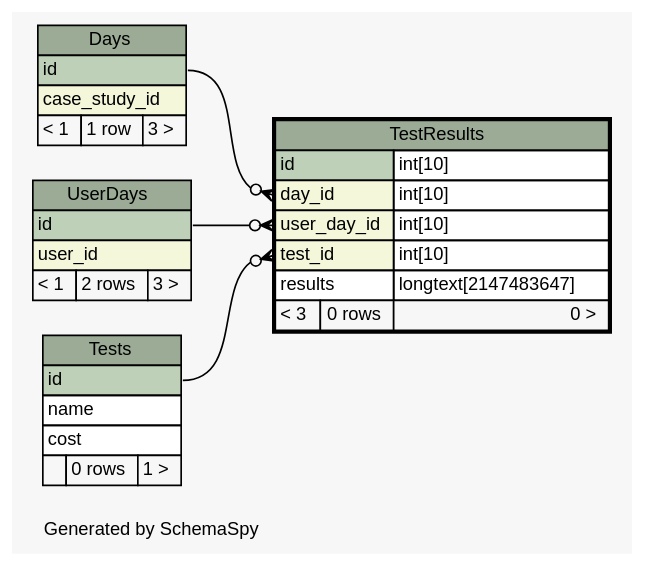
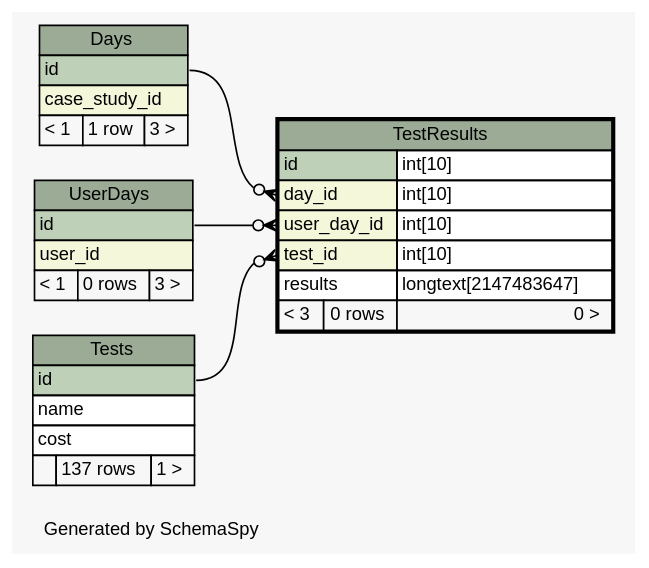
One commit to carrel2/CaseStudies changed the diagram in web/files/schema/diagrams/TestResults.1degree.dot. Above: the diagram before and after it, drawn with Graphviz. The commit also changed 228 other files, not shown here.

```diff
--- a/web/files/schema/diagrams/TestResults.1degree.dot
+++ b/web/files/schema/diagrams/TestResults.1degree.dot
@@ -1,73 +1,73 @@
-// dot 2.38.0 on Linux 4.4.0-67-generic
+// dot 2.38.0 on Linux 4.4.0-72-generic
 // SchemaSpy rev 590
 digraph "oneDegreeRelationshipsDiagram" {
   graph [
     rankdir="RL"
     bgcolor="#f7f7f7"
     label="\nGenerated by SchemaSpy"
     labeljust="l"
     nodesep="0.18"
     ranksep="0.46"
     fontname="Helvetica"
     fontsize="11"
   ];
   node [
     fontname="Helvetica"
     fontsize="11"
     shape="plaintext"
   ];
   edge [
     arrowsize="0.8"
   ];
   "TestResults":"day_id":w -> "Days":"id":e [arrowhead=none dir=back arrowtail=crowodot];
   "TestResults":"test_id":w -> "Tests":"id":e [arrowhead=none dir=back arrowtail=crowodot];
   "TestResults":"user_day_id":w -> "UserDays":"id":e [arrowhead=none dir=back arrowtail=crowodot];
   "Days" [
     label=<
     <TABLE BORDER="0" CELLBORDER="1" CELLSPACING="0" BGCOLOR="#ffffff">
       <TR><TD COLSPAN="3" BGCOLOR="#9bab96" ALIGN="CENTER">Days</TD></TR>
       <TR><TD PORT="id" COLSPAN="3" BGCOLOR="#bed1b8" ALIGN="LEFT">id</TD></TR>
       <TR><TD PORT="case_study_id" COLSPAN="3" BGCOLOR="#f4f7da" ALIGN="LEFT">case_study_id</TD></TR>
       <TR><TD ALIGN="LEFT" BGCOLOR="#f7f7f7">&lt; 1</TD><TD ALIGN="RIGHT" BGCOLOR="#f7f7f7">1 row</TD><TD ALIGN="RIGHT" BGCOLOR="#f7f7f7">3 &gt;</TD></TR>
     </TABLE>>
     URL="Days.html"
     tooltip="Days"
   ];
   "TestResults" [
     label=<
     <TABLE BORDER="2" CELLBORDER="1" CELLSPACING="0" BGCOLOR="#ffffff">
       <TR><TD COLSPAN="3" BGCOLOR="#9bab96" ALIGN="CENTER">TestResults</TD></TR>
       <TR><TD PORT="id" COLSPAN="2" BGCOLOR="#bed1b8" ALIGN="LEFT">id</TD><TD PORT="id.type" ALIGN="LEFT">int[10]</TD></TR>
       <TR><TD PORT="day_id" COLSPAN="2" BGCOLOR="#f4f7da" ALIGN="LEFT">day_id</TD><TD PORT="day_id.type" ALIGN="LEFT">int[10]</TD></TR>
       <TR><TD PORT="user_day_id" COLSPAN="2" BGCOLOR="#f4f7da" ALIGN="LEFT">user_day_id</TD><TD PORT="user_day_id.type" ALIGN="LEFT">int[10]</TD></TR>
       <TR><TD PORT="test_id" COLSPAN="2" BGCOLOR="#f4f7da" ALIGN="LEFT">test_id</TD><TD PORT="test_id.type" ALIGN="LEFT">int[10]</TD></TR>
       <TR><TD PORT="results" COLSPAN="2" ALIGN="LEFT">results</TD><TD PORT="results.type" ALIGN="LEFT">longtext[2147483647]</TD></TR>
       <TR><TD ALIGN="LEFT" BGCOLOR="#f7f7f7">&lt; 3</TD><TD ALIGN="RIGHT" BGCOLOR="#f7f7f7">0 rows</TD><TD ALIGN="RIGHT" BGCOLOR="#f7f7f7">0 &gt;</TD></TR>
     </TABLE>>
     URL="TestResults.html"
     tooltip="TestResults"
   ];
   "Tests" [
     label=<
     <TABLE BORDER="0" CELLBORDER="1" CELLSPACING="0" BGCOLOR="#ffffff">
       <TR><TD COLSPAN="3" BGCOLOR="#9bab96" ALIGN="CENTER">Tests</TD></TR>
       <TR><TD PORT="id" COLSPAN="3" BGCOLOR="#bed1b8" ALIGN="LEFT">id</TD></TR>
       <TR><TD PORT="name" COLSPAN="3" ALIGN="LEFT">name</TD></TR>
       <TR><TD PORT="cost" COLSPAN="3" ALIGN="LEFT">cost</TD></TR>
-      <TR><TD ALIGN="LEFT" BGCOLOR="#f7f7f7">  </TD><TD ALIGN="RIGHT" BGCOLOR="#f7f7f7">0 rows</TD><TD ALIGN="RIGHT" BGCOLOR="#f7f7f7">1 &gt;</TD></TR>
+      <TR><TD ALIGN="LEFT" BGCOLOR="#f7f7f7">  </TD><TD ALIGN="RIGHT" BGCOLOR="#f7f7f7">137 rows</TD><TD ALIGN="RIGHT" BGCOLOR="#f7f7f7">1 &gt;</TD></TR>
     </TABLE>>
     URL="Tests.html"
     tooltip="Tests"
   ];
   "UserDays" [
     label=<
     <TABLE BORDER="0" CELLBORDER="1" CELLSPACING="0" BGCOLOR="#ffffff">
       <TR><TD COLSPAN="3" BGCOLOR="#9bab96" ALIGN="CENTER">UserDays</TD></TR>
       <TR><TD PORT="id" COLSPAN="3" BGCOLOR="#bed1b8" ALIGN="LEFT">id</TD></TR>
       <TR><TD PORT="user_id" COLSPAN="3" BGCOLOR="#f4f7da" ALIGN="LEFT">user_id</TD></TR>
-      <TR><TD ALIGN="LEFT" BGCOLOR="#f7f7f7">&lt; 1</TD><TD ALIGN="RIGHT" BGCOLOR="#f7f7f7">2 rows</TD><TD ALIGN="RIGHT" BGCOLOR="#f7f7f7">3 &gt;</TD></TR>
+      <TR><TD ALIGN="LEFT" BGCOLOR="#f7f7f7">&lt; 1</TD><TD ALIGN="RIGHT" BGCOLOR="#f7f7f7">0 rows</TD><TD ALIGN="RIGHT" BGCOLOR="#f7f7f7">3 &gt;</TD></TR>
     </TABLE>>
     URL="UserDays.html"
     tooltip="UserDays"
   ];
 }
```
